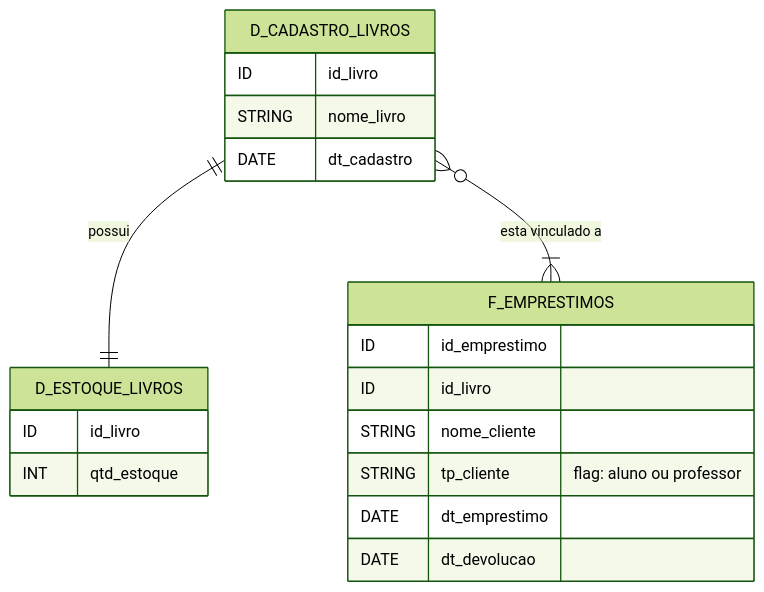
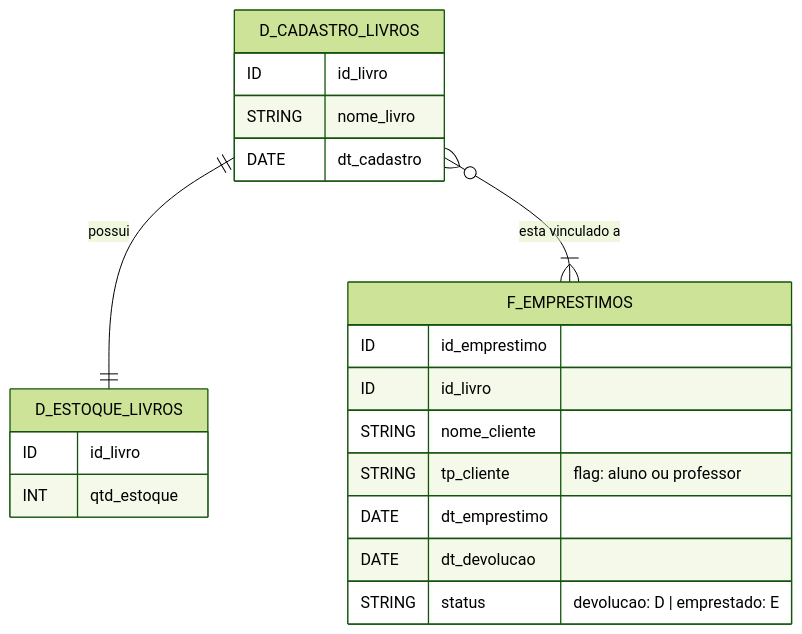
The diagram in JavaPOO/projetoFinal/erDiagram.md (BrenooOliveira/AulasFatec), drawn with Mermaid (forest theme) before and after one commit. The commit also changed 10 other files, not shown here.

````diff
--- a/JavaPOO/projetoFinal/erDiagram.md
+++ b/JavaPOO/projetoFinal/erDiagram.md
@@ -4,26 +4,27 @@
 ```mermaid
 erDiagram
     D_CADASTRO_LIVROS{
         ID id_livro
         STRING nome_livro
         DATE dt_cadastro
     }
 
     D_ESTOQUE_LIVROS{
         ID id_livro
         INT qtd_estoque
     }
     F_EMPRESTIMOS{
         ID id_emprestimo
         ID id_livro
         STRING nome_cliente
         STRING tp_cliente "flag: aluno ou professor"
         DATE dt_emprestimo
         DATE dt_devolucao
+        STRING status  "devolucao: D | emprestado: E"
 
     }
 
     D_CADASTRO_LIVROS ||--|| D_ESTOQUE_LIVROS: "possui"
     D_CADASTRO_LIVROS }o--|{ F_EMPRESTIMOS: "esta vinculado a"
 
 ```
````
